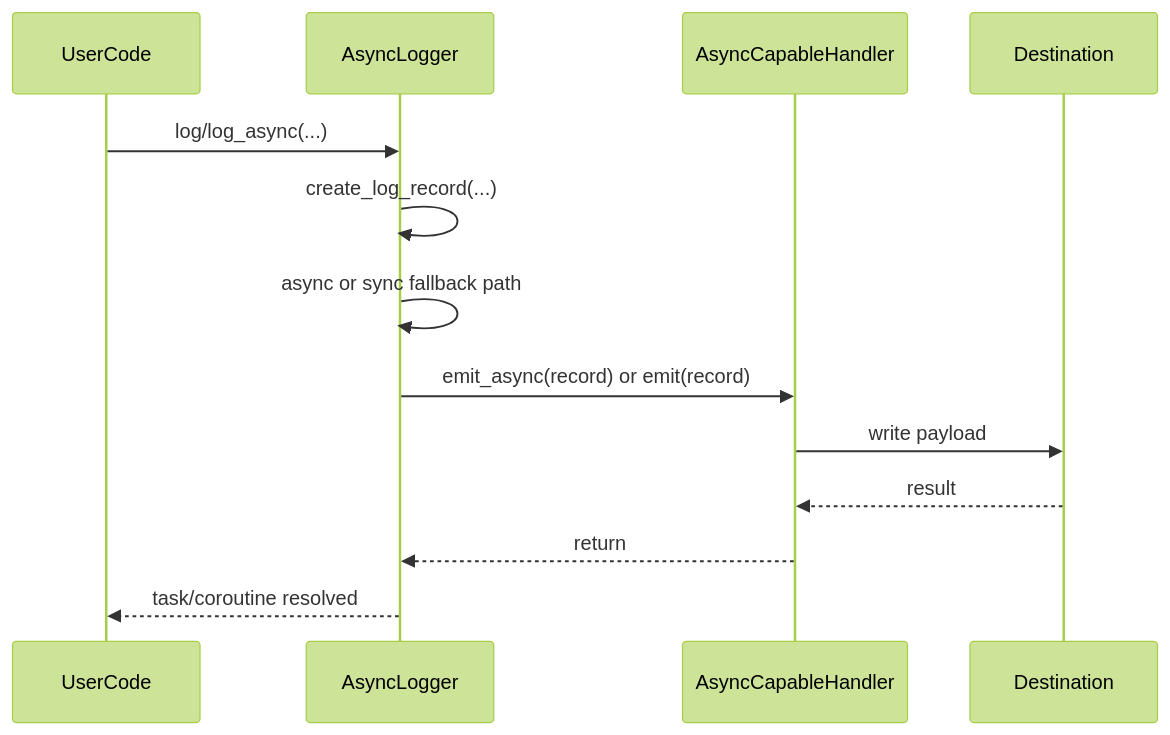
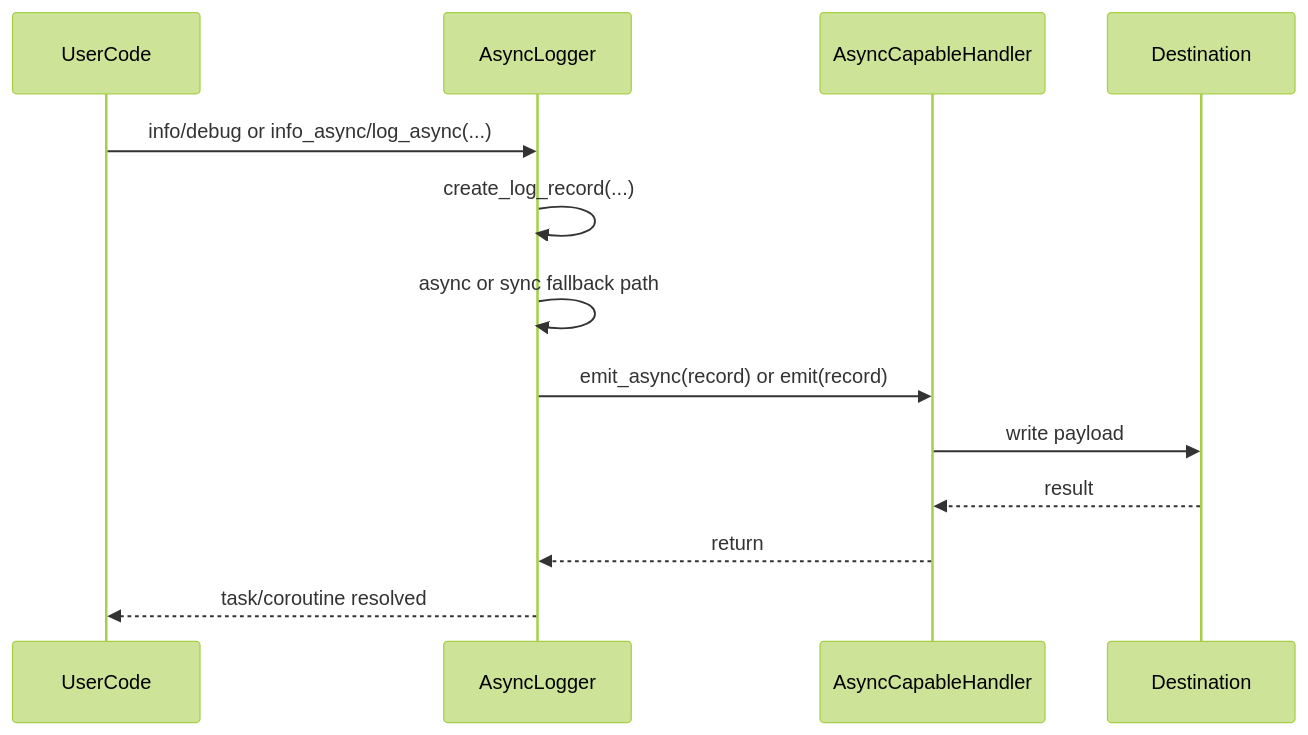
One commit to SavinRazvan/hydra-logger changed the third of 8 diagrams in docs/WORKFLOW_ARCHITECTURE.md. Above: the diagram before and after it, drawn with Mermaid (forest theme). The commit also changed 23 other files, not shown here.

````diff
--- a/docs/WORKFLOW_ARCHITECTURE.md
+++ b/docs/WORKFLOW_ARCHITECTURE.md
@@ -62,16 +62,16 @@
 ```mermaid
 sequenceDiagram
   participant User as UserCode
   participant AsyncLog as AsyncLogger
   participant Handler as AsyncCapableHandler
   participant Dest as Destination
 
-  User->>AsyncLog: log/log_async(...)
+  User->>AsyncLog: info/debug or info_async/log_async(...)
   AsyncLog->>AsyncLog: create_log_record(...)
   AsyncLog->>AsyncLog: async or sync fallback path
   AsyncLog->>Handler: emit_async(record) or emit(record)
   Handler->>Dest: write payload
   Dest-->>Handler: result
   Handler-->>AsyncLog: return
   AsyncLog-->>User: task/coroutine resolved
 ```
````
